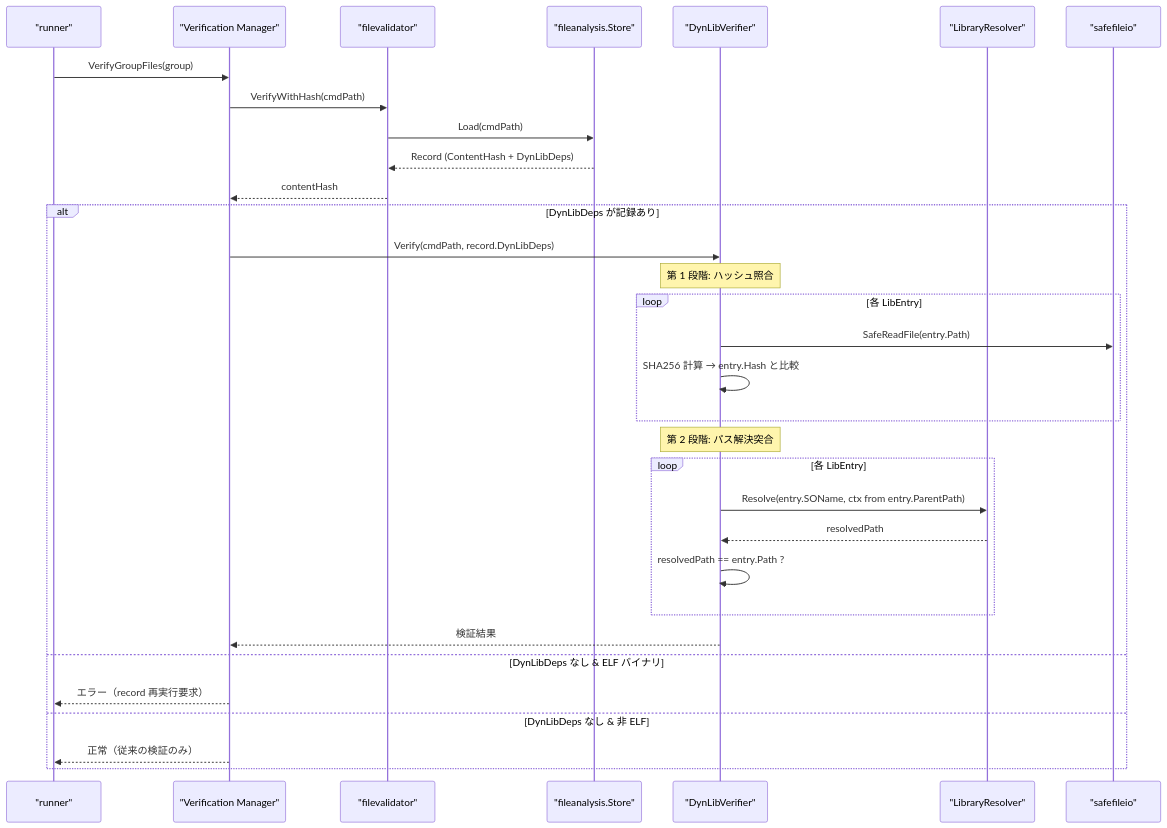
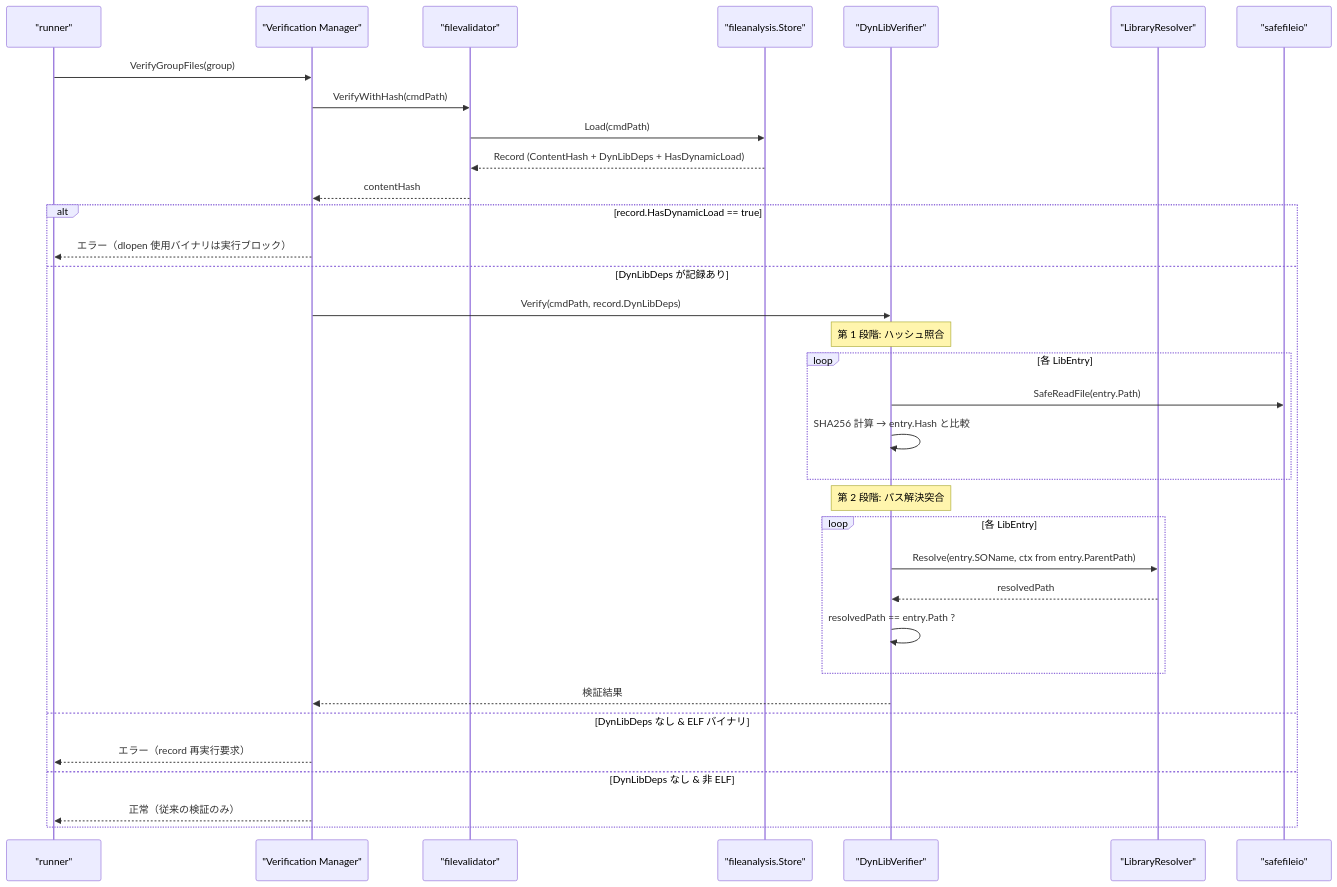
One commit to isseis/go-safe-cmd-runner changed the fourth of 11 diagrams in docs/tasks/0074_elf_dynlib_integrity/02_architecture.md. Above: the diagram before and after it, drawn with Mermaid. The commit also changed other lines of this file, not shown here.

First line of the commit message:
docs(0074): persist HasDynamicLoad in Record and block runner on dlopen

````diff
--- a/docs/tasks/0074_elf_dynlib_integrity/02_architecture.md
+++ b/docs/tasks/0074_elf_dynlib_integrity/02_architecture.md
@@ -158,39 +158,41 @@
 ```mermaid
 sequenceDiagram
     participant RUN as "runner"
     participant VM as "Verification Manager"
     participant FV as "filevalidator"
     participant FAS as "fileanalysis.Store"
     participant DLV as "DynLibVerifier"
     participant LR as "LibraryResolver"
     participant SFO as "safefileio"
 
     RUN->>VM: VerifyGroupFiles(group)
     VM->>FV: VerifyWithHash(cmdPath)
     FV->>FAS: Load(cmdPath)
-    FAS-->>FV: Record (ContentHash + DynLibDeps)
+    FAS-->>FV: Record (ContentHash + DynLibDeps + HasDynamicLoad)
     FV-->>VM: contentHash
 
-    alt DynLibDeps が記録あり
+    alt record.HasDynamicLoad == true
+        VM-->>RUN: エラー（dlopen 使用バイナリは実行ブロック）
+    else DynLibDeps が記録あり
         VM->>DLV: Verify(cmdPath, record.DynLibDeps)
 
         Note over DLV: 第 1 段階: ハッシュ照合
         loop 各 LibEntry
             DLV->>SFO: SafeReadFile(entry.Path)
             DLV->>DLV: SHA256 計算 → entry.Hash と比較
         end
 
         Note over DLV: 第 2 段階: パス解決突合
         loop 各 LibEntry
             DLV->>LR: Resolve(entry.SOName, ctx from entry.ParentPath)
             LR-->>DLV: resolvedPath
             DLV->>DLV: resolvedPath == entry.Path ?
         end
 
         DLV-->>VM: 検証結果
     else DynLibDeps なし & ELF バイナリ
         VM-->>RUN: エラー（record 再実行要求）
     else DynLibDeps なし & 非 ELF
         VM-->>RUN: 正常（従来の検証のみ）
     end
 ```
````
